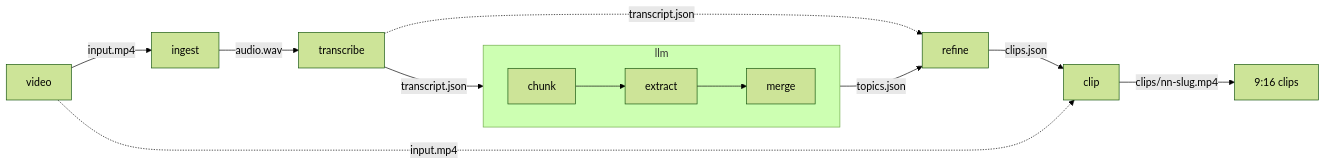
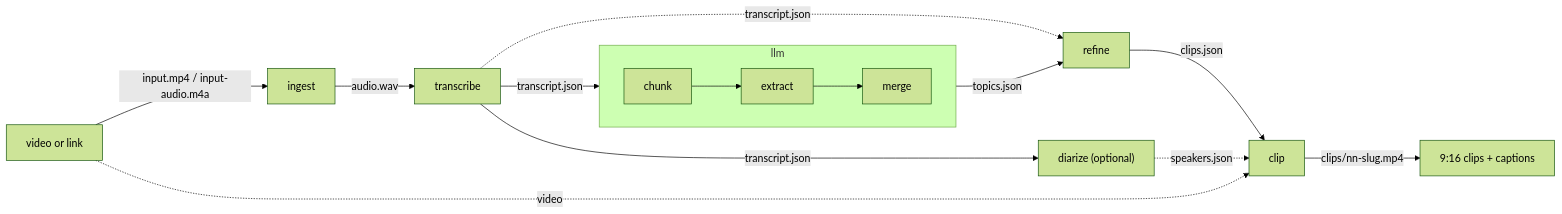
The diagram in README.md (YassineMessioui/Echo), drawn with Mermaid (forest theme) before and after one commit. The commit also changed other lines of this file, not shown here.

First line of the commit message:
docs(readme): V0 and V1 done; links, speakers, captions, current usage

````diff
--- a/README.md
+++ b/README.md
@@ -31,15 +31,17 @@
 ```mermaid
 flowchart LR
-  V["video"] -->|"input.mp4"| I["ingest"]
+  V["video or link"] -->|"input.mp4 / input-audio.m4a"| I["ingest"]
   I -->|"audio.wav"| T["transcribe"]
+  T -->|"transcript.json"| D["diarize (optional)"]
   T -->|"transcript.json"| C
   subgraph L["llm"]
     direction LR
     C["chunk"] --> E["extract"] --> M["merge"]
   end
   M -->|"topics.json"| R["refine"]
   T -.->|"transcript.json"| R
   R -->|"clips.json"| K["clip"]
-  V -.->|"input.mp4"| K
-  K -->|"clips/nn-slug.mp4"| O["9:16 clips"]
+  D -.->|"speakers.json"| K
+  V -.->|"video"| K
+  K -->|"clips/nn-slug.mp4"| O["9:16 clips + captions"]
 ```
````
